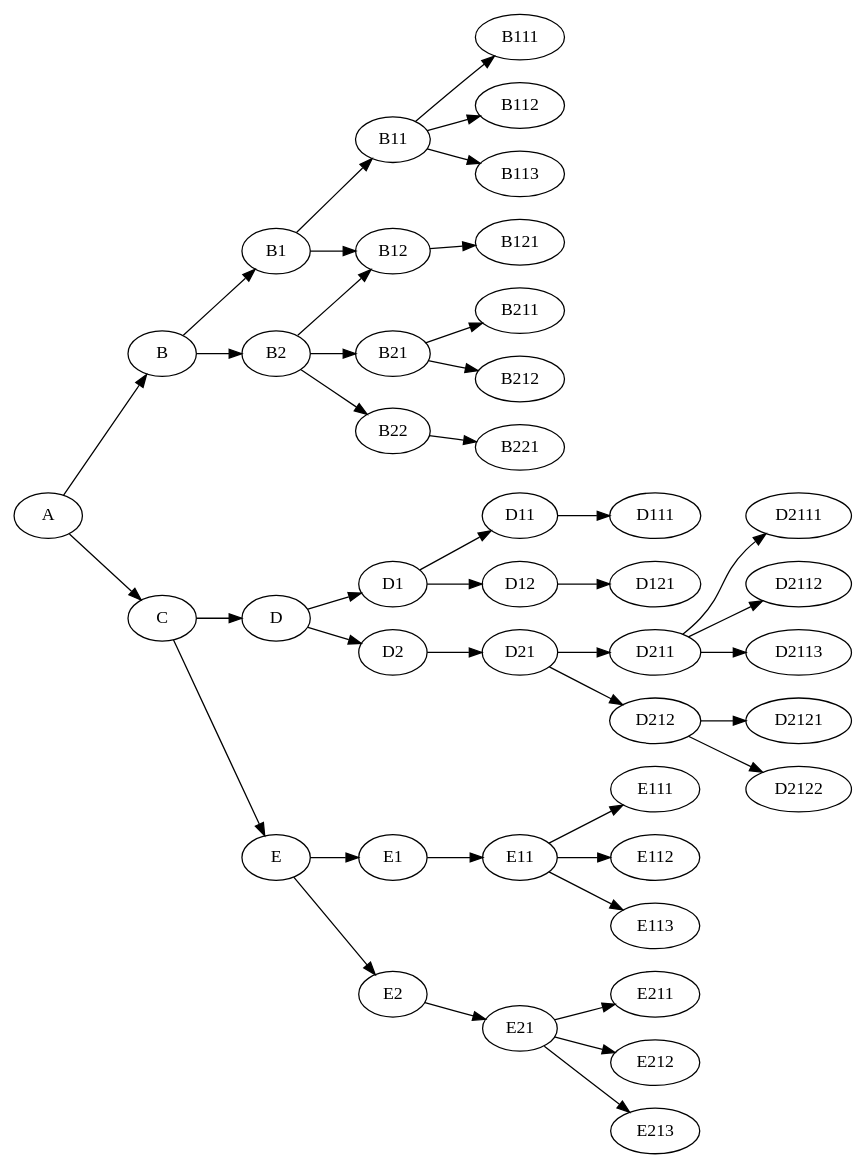
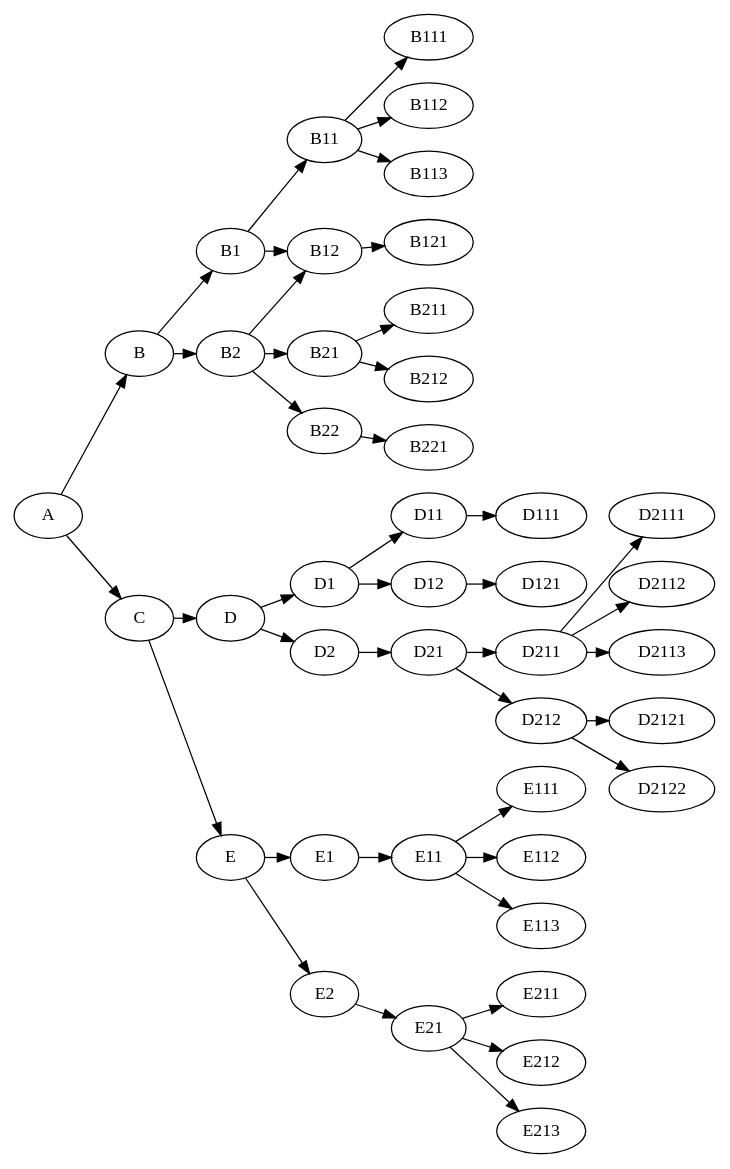
One commit to jonas-schmitt/thesis changed the diagram in tree_generation_scripts/related_work.dot. Above: the diagram before and after it, drawn with Graphviz. The commit also changed 10 other files, not shown here.

```diff
--- a/tree_generation_scripts/related_work.dot
+++ b/tree_generation_scripts/related_work.dot
@@ -1,88 +1,91 @@
 digraph G {  
   rankdir=LR ;
   ordering=in ;
+  nodesep=0.25;
+  ranksep=0.25;
+  splines=line;
   A[texlbl="AI-Based PDE Solvers"];
   A -> B
   A -> C
   B[texlbl="Continuous"];
   C[texlbl="Discrete"];
   B -> B1 
   B -> B2
   B1[texlbl="Physics-Informed"];
   B2[texlbl="Neural Operators"];
   B1 -> B11
   B1 -> B12
   B2 -> B12
   B2 -> B21
   B2 -> B22
   B11[texlbl="PINN"];
   B111[texlbl="[63]"];
   B112[texlbl="[64]"];
   B113[texlbl="[98]"];
   B11 -> B111
   B11 -> B112
   B11 -> B113
   B21[texlbl="FNO"];
   B211[texlbl="[45]"];
   B212[texlbl="[76]"];
   B21 -> B211
   B21 -> B212
   B22[texlbl="DeepONet"];
   B221[texlbl="[82]"];
   B22 -> B221
   B12[texlbl="PINO"];
   B121[texlbl="[77]"];
   B12 -> B121
   C -> D
   C -> E
   D[texlbl="ML-Based"];
   D -> D1
   D -> D2
   D1[texlbl="Standalone"];
   D1 -> D11
   D1 -> D12
   D11[texlbl="CNN"];
   D111[texlbl="[124]"];
   D11 -> D111
   D12[texlbl="GNN"];
   D121[texlbl="[93]"];
   D12 -> D121
   D2[texlbl="Hybrid"];
   D2 -> D21
   D21[texlbl="MG-Based"];
   D21 -> D211
   D21 -> D212
   D211[texlbl="Prolongation"];
   D2111[texlbl="[44]"];
   D2112[texlbl="[62]"];
   D2113[texlbl="[84]"];
   D211 -> D2111
   D211 -> D2112
   D211 -> D2113
   D212[texlbl="Smoothing"];
   D2121[texlbl="[32]"];
   D2122[texlbl="[57]"];
   D212 -> D2121
   D212 -> D2122
   E[texlbl="Algorithm Design"];
   E -> E1
   E -> E2
   E1[texlbl="Top-Down"];
   E2[texlbl="Bottom-Up"];
   E1 -> E11
   E2 -> E21
   E11[texlbl="Combinatorial"];
   E111[texlbl="[14]"];
   E112[texlbl="[92]"];
   E113[texlbl="[122]"];
   E11 -> E111
   E11 -> E112
   E11 -> E113
   E21[texlbl="Grammar-Based"];
   E211[texlbl="[111]"];
   E212[texlbl="[112]"];
   E213[texlbl="[113]"];
   E21 -> E211
   E21 -> E212
   E21 -> E213
 }
```
